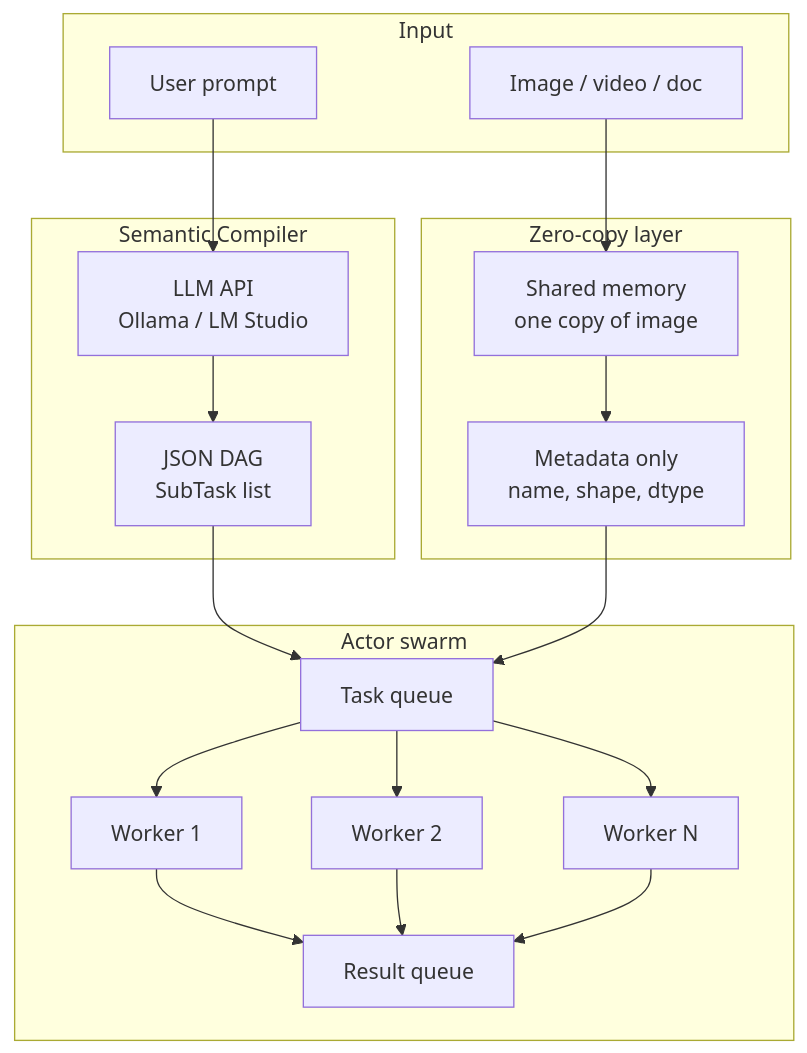
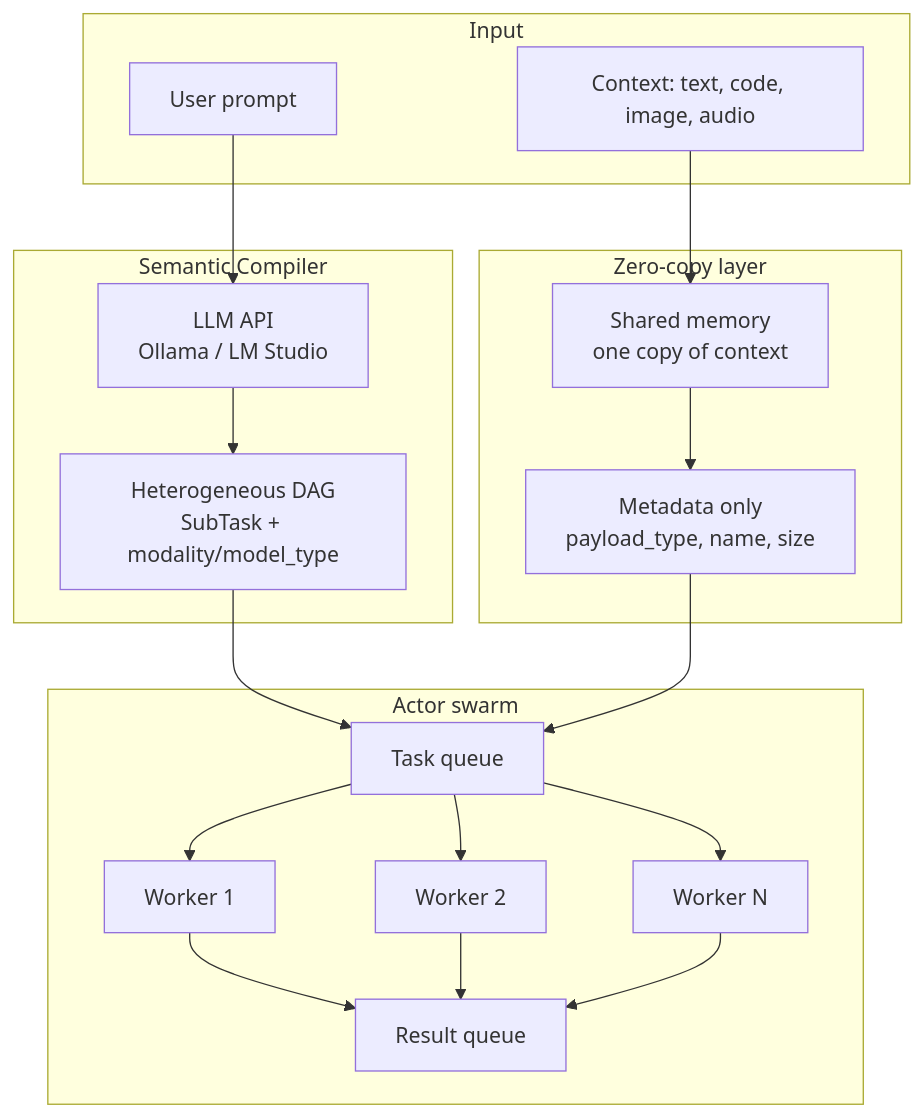
The second of 5 diagrams in README.md (aantenore/ThreadSwarm), drawn with Mermaid before and after one commit. The commit also changed other lines of this file and 7 other files, not shown here.

First line of the commit message:
Refactor to universal multimodal: ContextMemoryManager, heterogeneous DAG and actor pool

````diff
--- a/README.md
+++ b/README.md
@@ -57,34 +57,34 @@
 ```mermaid
 flowchart TB
     subgraph Input
         I1[User prompt]
-        I2[Image / video / doc]
+        I2[Context: text, code, image, audio]
     end
     subgraph "Semantic Compiler"
         SC[LLM API\nOllama / LM Studio]
-        DAG[JSON DAG\nSubTask list]
+        DAG[Heterogeneous DAG\nSubTask + modality/model_type]
     end
     subgraph "Zero-copy layer"
-        SHM[Shared memory\none copy of image]
-        META[Metadata only\nname, shape, dtype]
+        SHM[Shared memory\none copy of context]
+        META[Metadata only\npayload_type, name, size]
     end
     subgraph "Actor swarm"
         Q1[Task queue]
         W1[Worker 1]
         W2[Worker 2]
         W3[Worker N]
         RQ[Result queue]
     end
     I1 --> SC
     SC --> DAG
     I2 --> SHM
     SHM --> META
     DAG --> Q1
     META --> Q1
     Q1 --> W1
     Q1 --> W2
     Q1 --> W3
     W1 --> RQ
     W2 --> RQ
     W3 --> RQ
 ```
````
